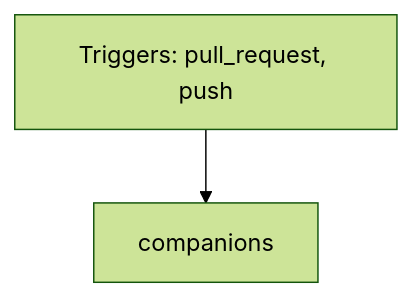
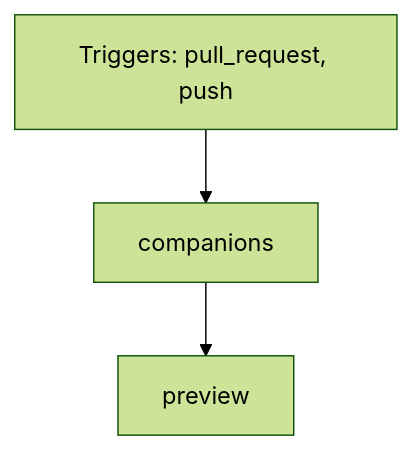
One commit to FrenchExDev2/QuietCli.PoSh changed the diagram in docs/ci/github/script-companions-ci.md. Above: the diagram before and after it, drawn with Mermaid (forest theme). The commit also changed other lines of this file and 40 other files, not shown here.

```diff
--- a/docs/ci/github/script-companions-ci.md
+++ b/docs/ci/github/script-companions-ci.md
@@ -20,6 +20,8 @@
 ~~~mermaid
 flowchart TD
     event["Triggers: pull_request, push"]
     job_companions["companions"]
+    job_preview["preview"]
     event --> job_companions
+    job_companions --> job_preview
 ~~~
```
